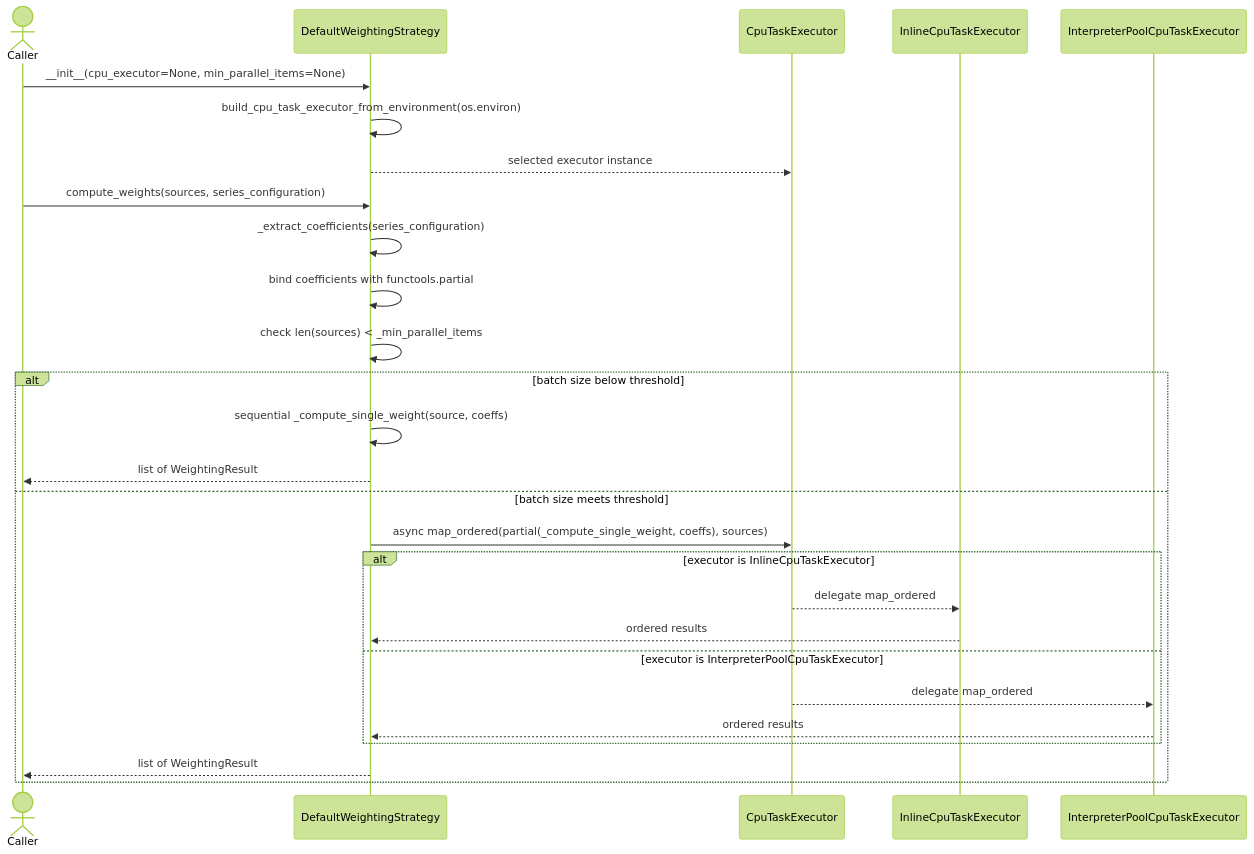
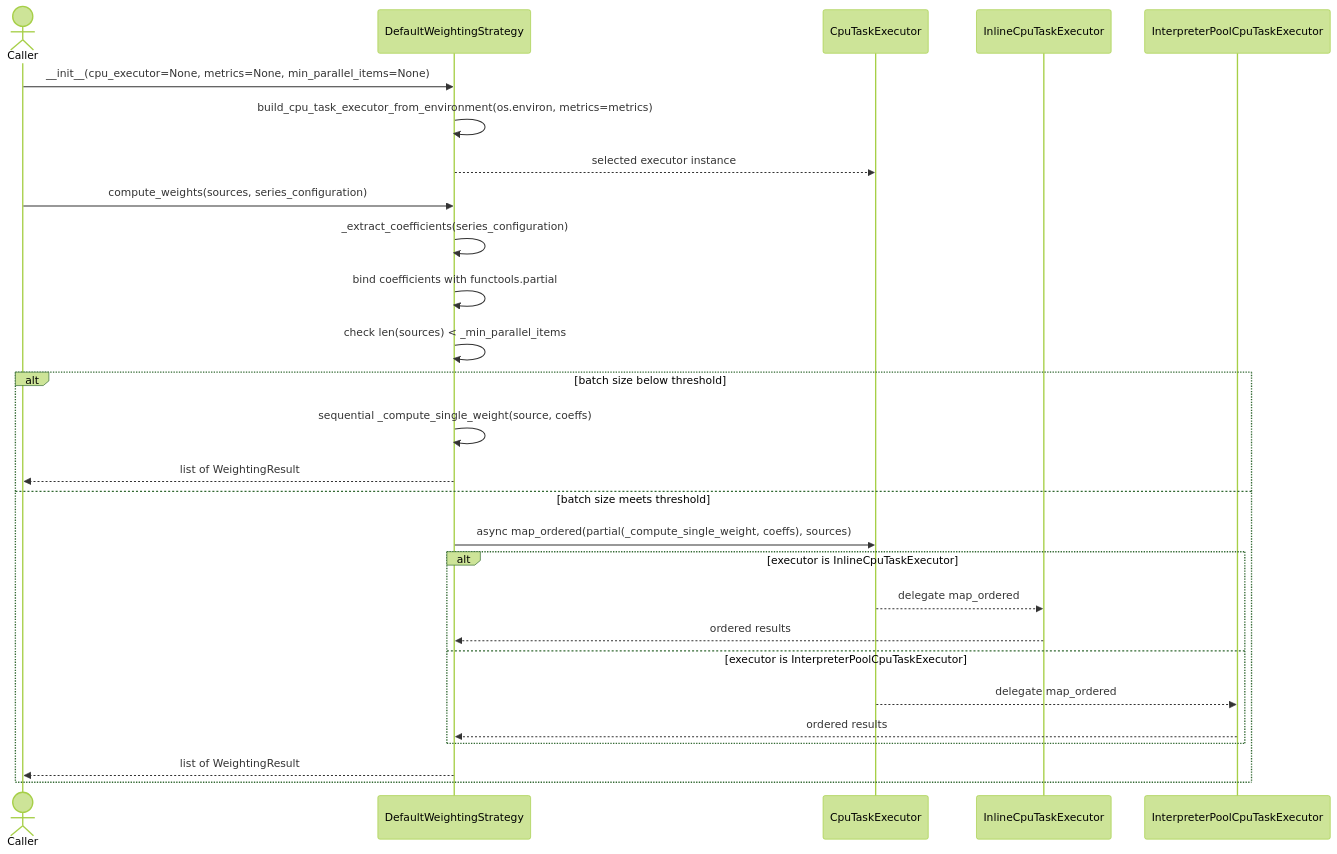
The third of 17 diagrams in docs/episodic-podcast-generation-system-design.md (leynos/episodic), drawn with Mermaid (forest theme) before and after one commit. The commit also changed other lines of this file and 8 other files, not shown here.

````diff
--- a/docs/episodic-podcast-generation-system-design.md
+++ b/docs/episodic-podcast-generation-system-design.md
@@ -712,32 +712,32 @@
 ```mermaid
 sequenceDiagram
     actor Caller
     participant DefaultWeightingStrategy
     participant CpuTaskExecutor
     participant InlineCpuTaskExecutor
     participant InterpreterPoolCpuTaskExecutor
 
-    Caller->>DefaultWeightingStrategy: __init__(cpu_executor=None, min_parallel_items=None)
-    DefaultWeightingStrategy->>DefaultWeightingStrategy: build_cpu_task_executor_from_environment(os.environ)
+    Caller->>DefaultWeightingStrategy: __init__(cpu_executor=None, metrics=None, min_parallel_items=None)
+    DefaultWeightingStrategy->>DefaultWeightingStrategy: build_cpu_task_executor_from_environment(os.environ, metrics=metrics)
     DefaultWeightingStrategy-->>CpuTaskExecutor: selected executor instance
 
     Caller->>DefaultWeightingStrategy: compute_weights(sources, series_configuration)
     DefaultWeightingStrategy->>DefaultWeightingStrategy: _extract_coefficients(series_configuration)
     DefaultWeightingStrategy->>DefaultWeightingStrategy: bind coefficients with functools.partial
     DefaultWeightingStrategy->>DefaultWeightingStrategy: check len(sources) < _min_parallel_items
 
     alt batch size below threshold
         DefaultWeightingStrategy->>DefaultWeightingStrategy: sequential _compute_single_weight(source, coeffs)
         DefaultWeightingStrategy-->>Caller: list of WeightingResult
     else batch size meets threshold
         DefaultWeightingStrategy->>CpuTaskExecutor: async map_ordered(partial(_compute_single_weight, coeffs), sources)
         alt executor is InlineCpuTaskExecutor
             CpuTaskExecutor-->>InlineCpuTaskExecutor: delegate map_ordered
             InlineCpuTaskExecutor-->>DefaultWeightingStrategy: ordered results
         else executor is InterpreterPoolCpuTaskExecutor
             CpuTaskExecutor-->>InterpreterPoolCpuTaskExecutor: delegate map_ordered
             InterpreterPoolCpuTaskExecutor-->>DefaultWeightingStrategy: ordered results
         end
         DefaultWeightingStrategy-->>Caller: list of WeightingResult
     end
 ```
````
